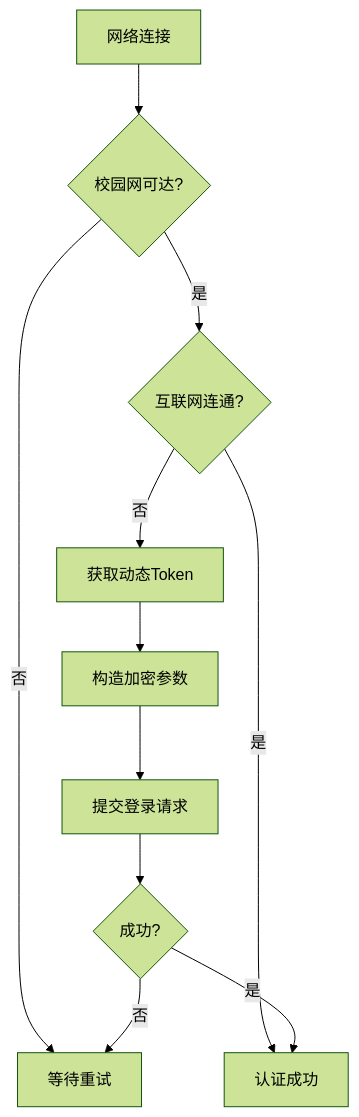
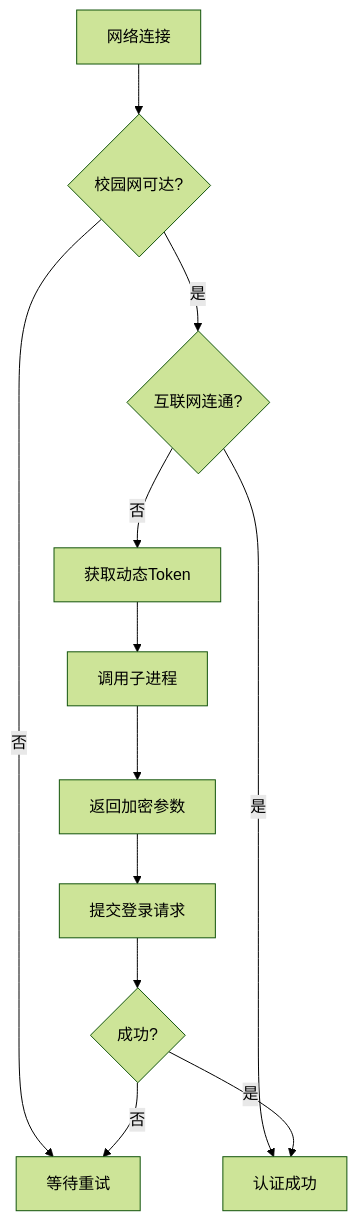
Before and after one commit to Alpha-UMa/autologin_buctnet: the diagram in readme.md, drawn with Mermaid (forest theme). The commit also changed other lines of this file and 5 other files, not shown here.

````diff
--- a/readme.md
+++ b/readme.md
@@ -70,13 +78,14 @@
 ```mermaid
 graph TD
     A[网络连接] --> B{校园网可达?}
     B -->|否| C[等待重试]
     B -->|是| D{互联网连通?}
     D -->|是| E[认证成功]
     D -->|否| F[获取动态Token]
-    F --> G[构造加密参数]
+    F --> J[调用子进程]
+    J --> G[返回加密参数]
     G --> H[提交登录请求]
     H --> I{成功?}
     I -->|否| C
     I -->|是| E
 ```
````
